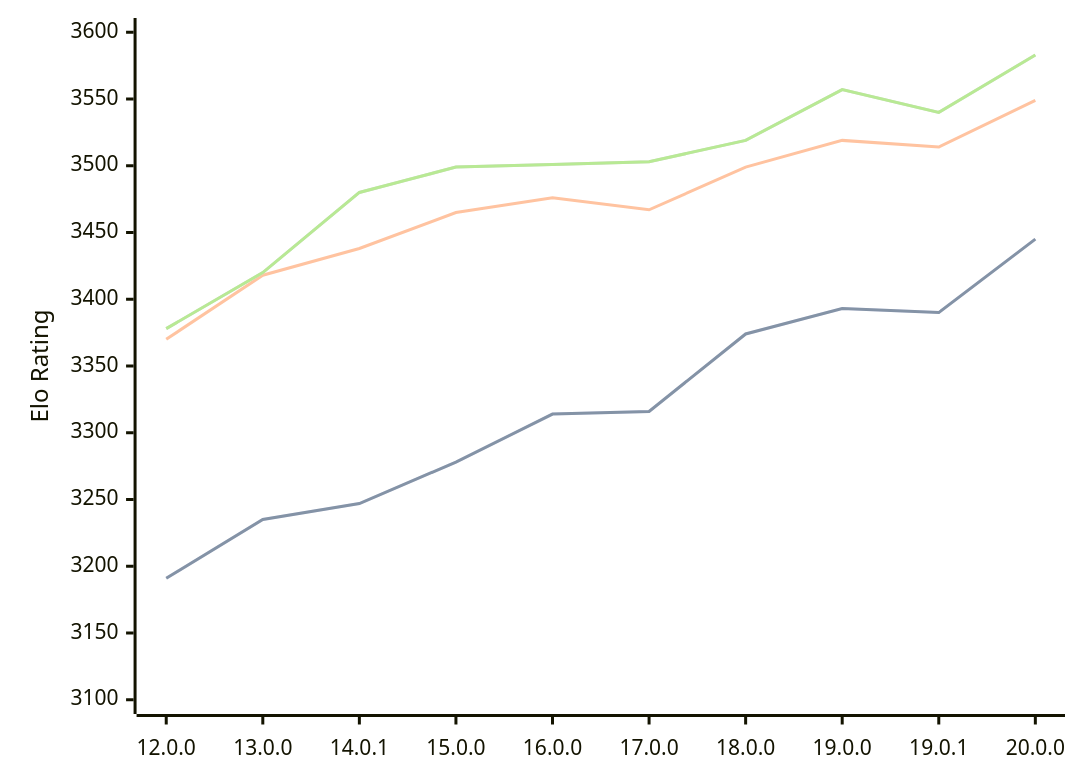
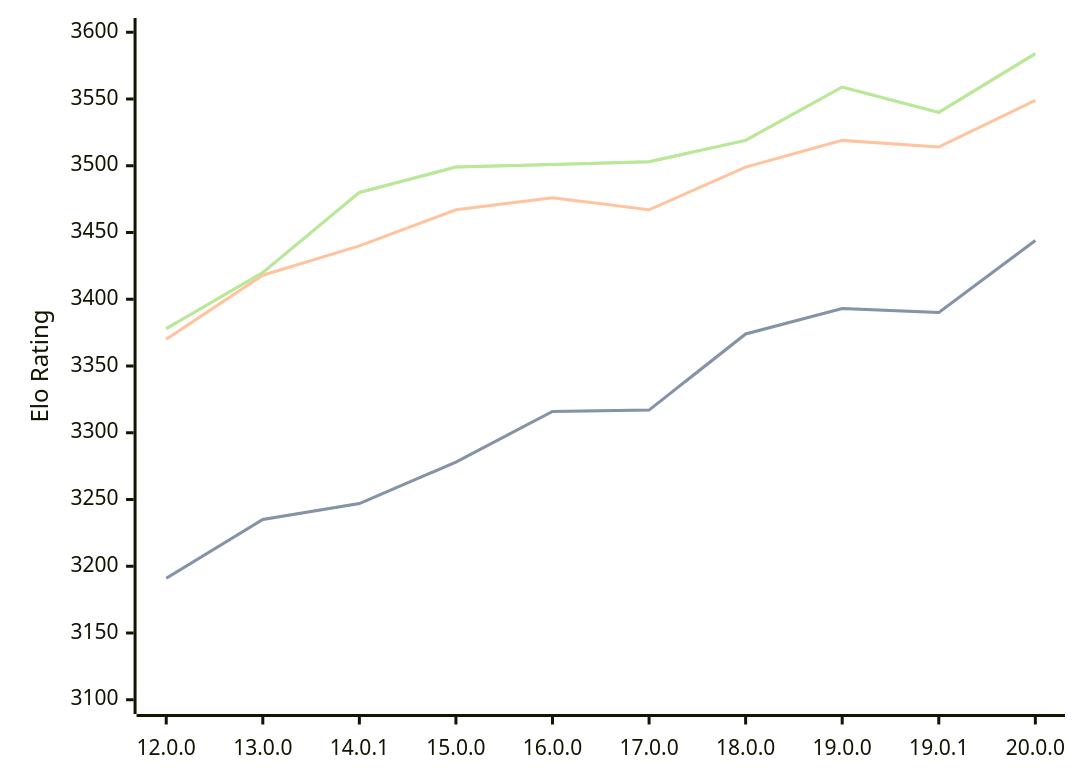
One commit to computer-chess-index/cci changed the third of 3 diagrams in engines/Viridithas.md. Above: the diagram before and after it, drawn with Mermaid. The commit also changed other lines of this file, not shown here.

Commit message:
Update CCI Ratings (ELO VLTC) - 2026-07-17

````diff
--- a/engines/Viridithas.md
+++ b/engines/Viridithas.md
@@ -97,11 +97,11 @@
 ```mermaid
 %%{init: {"theme":"base","themeVariables":{"seriesColors:['#a3a3a3','#222221','#faa371']}}}%%
 xychart-beta
   x-axis ["12.0.0", "13.0.0", "14.0.1", "15.0.0", "16.0.0", "17.0.0", "18.0.0", "19.0.0", "19.0.1", "20.0.0"]
   y-axis "Elo Rating" 3100 --> 3600
-  line "STC (8.0+0.08s)" [3191, 3235, 3247, 3278, 3314, 3316, 3374, 3393, 3390, 3445]
-  line "STC (8.0+0.08s)" [3191, 3235, 3247, 3278, 3314, 3316, 3374, 3393, 3390, 3445]
-  line "LTC (60.0+0.60s)" [3370, 3418, 3438, 3465, 3476, 3467, 3499, 3519, 3514, 3549]
-  line "VLTC (2m24s+1.12s)" [3378, 3420, 3480, 3499, 3501, 3503, 3519, 3557, 3540, 3583]
-  line "VLTC (2m24s+1.12s)" [3378, 3420, 3480, 3499, 3501, 3503, 3519, 3557, 3540, 3583]
+  line "STC (8.0+0.08s)" [3191, 3235, 3247, 3278, 3316, 3317, 3374, 3393, 3390, 3444]
+  line "STC (8.0+0.08s)" [3191, 3235, 3247, 3278, 3316, 3317, 3374, 3393, 3390, 3444]
+  line "LTC (60.0+0.60s)" [3370, 3418, 3440, 3467, 3476, 3467, 3499, 3519, 3514, 3549]
+  line "VLTC (2m24s+1.12s)" [3378, 3420, 3480, 3499, 3501, 3503, 3519, 3559, 3540, 3584]
+  line "VLTC (2m24s+1.12s)" [3378, 3420, 3480, 3499, 3501, 3503, 3519, 3559, 3540, 3584]
 ```
````
